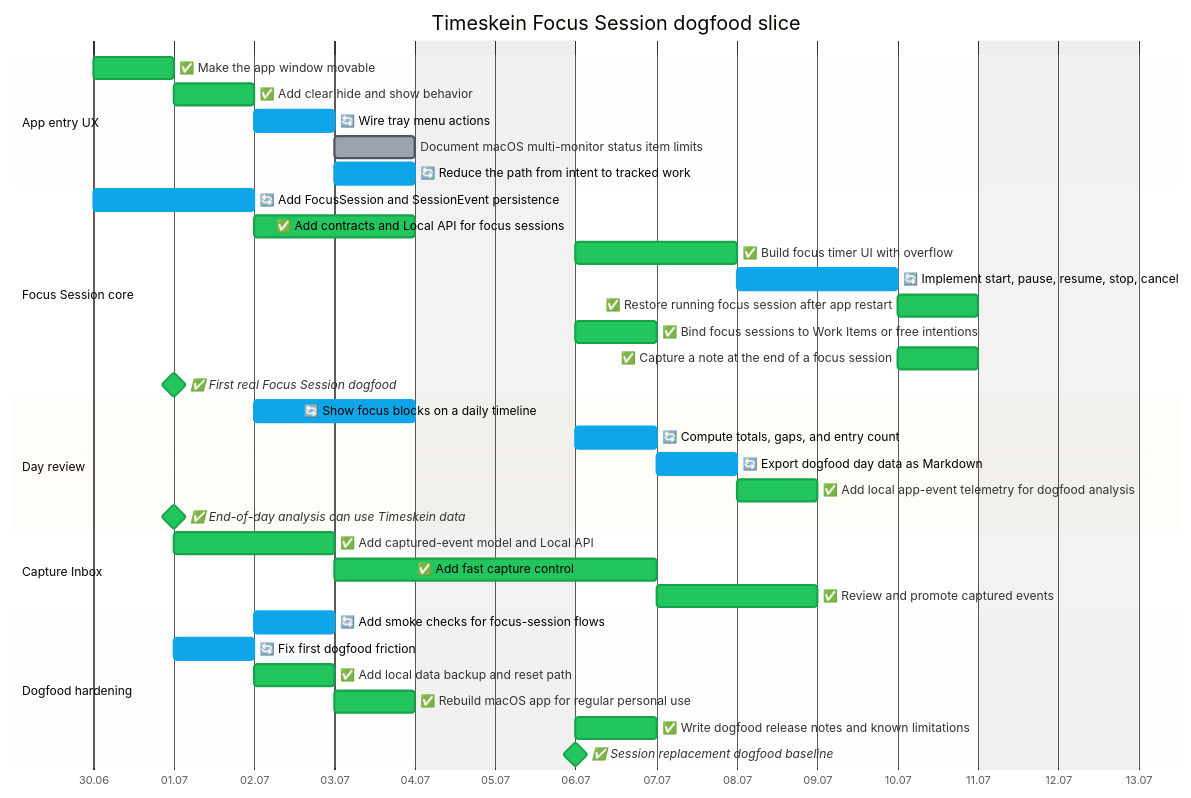
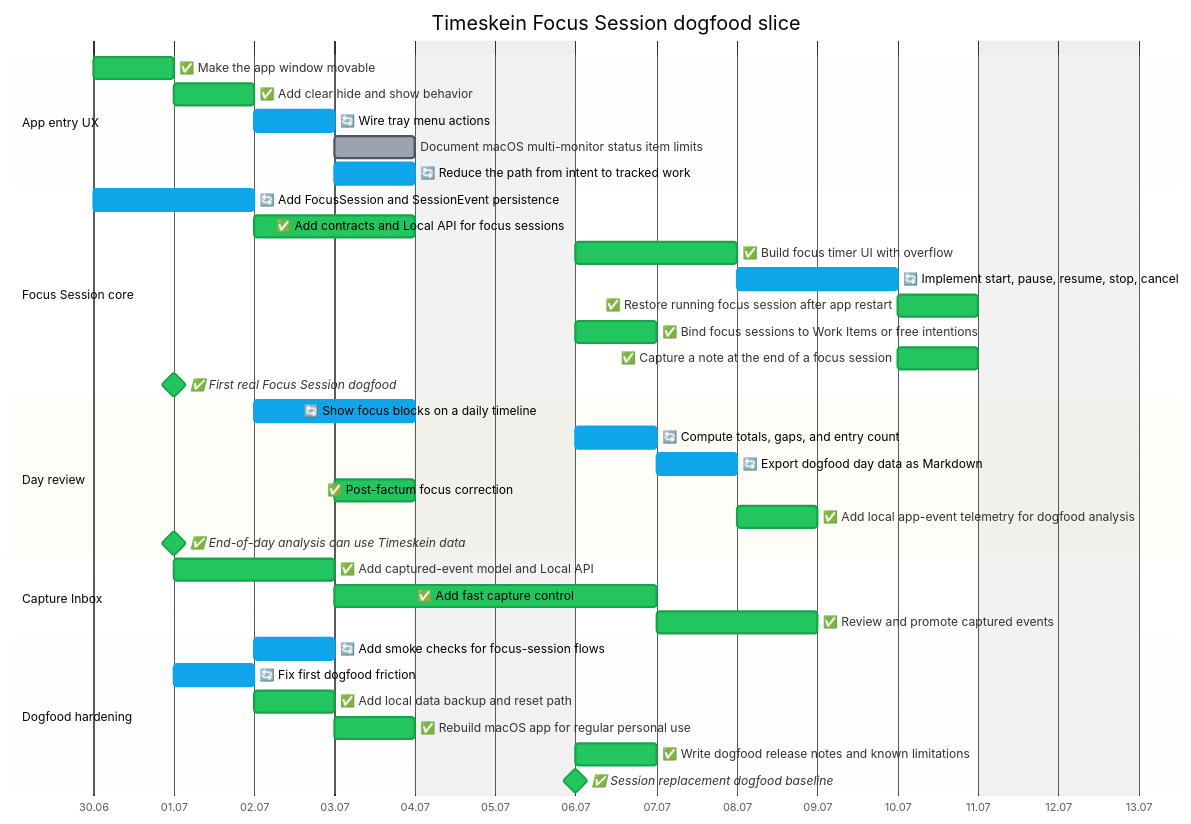
One commit to asukhodko/timeskein changed the second of 2 diagrams in docs/roadmap/opskarta.md. Above: the diagram before and after it, drawn with Mermaid. The commit also changed other lines of this file and 27 other files, not shown here.

Commit message:
Add post-dogfood correction flow

````diff
--- a/docs/roadmap/opskarta.md
+++ b/docs/roadmap/opskarta.md
@@ -64,42 +64,43 @@
 ```mermaid
 %%{init: {"theme": "base", "themeVariables": {"taskBkgColor": "#9ca3af", "taskBorderColor": "#4b5563", "taskTextColor": "#000000", "taskTextDarkColor": "#000000", "taskTextLightColor": "#000000", "activeTaskBkgColor": "#0ea5e9", "activeTaskBorderColor": "#0ea5e9", "doneTaskBkgColor": "#22c55e", "doneTaskBorderColor": "#16a34a", "critBkgColor": "#fecaca", "critBorderColor": "#fecaca", "todayLineColor": "#ef4444"}} }%%
 
 gantt
     title Timeskein Focus Session dogfood slice
     dateFormat YYYY-MM-DD
     axisFormat %d.%m
     excludes weekends
 
     section App entry UX
     ✅ Make the app window movable  :done, ts_ux_entry_window_drag,    2026-06-30, 1d
     ✅ Add clear hide and show behavior  :done, ts_ux_entry_hide_toggle,    2026-07-01, 1d
     🔄 Wire tray menu actions  :active, ts_ux_entry_tray_actions,    2026-07-02, 1d
     Document macOS multi-monitor status item limits  :ts_ux_entry_monitor_policy,    2026-07-03, 1d
     🔄 Reduce the path from intent to tracked work  :active, ts_ux_entry_fast_track_flow,    2026-07-03, 1d
     section Focus Session core
     🔄 Add FocusSession and SessionEvent persistence  :active, ts_focus_core_model_migrations,    2026-06-30, 2d
     ✅ Add contracts and Local API for focus sessions  :done, ts_focus_core_contracts_api,    2026-07-02, 2d
     ✅ Build focus timer UI with overflow  :done, ts_focus_core_timer_ui,    2026-07-06, 2d
     🔄 Implement start, pause, resume, stop, cancel  :active, ts_focus_core_session_lifecycle,    2026-07-08, 2d
     ✅ Restore running focus session after app restart  :done, ts_focus_core_restart_restore,    2026-07-10, 1d
     ✅ Bind focus sessions to Work Items or free intentions  :done, ts_focus_core_work_item_binding,    2026-07-06, 1d
     ✅ Capture a note at the end of a focus session  :done, ts_focus_core_session_notes,    2026-07-10, 1d
     ✅ First real Focus Session dogfood  :milestone, done, ts_focus_core_dogfood_gate,    2026-07-01, 0d
     section Day review
     🔄 Show focus blocks on a daily timeline  :active, ts_day_review_timeline,    2026-07-02, 2d
     🔄 Compute totals, gaps, and entry count  :active, ts_day_review_totals_gaps,    2026-07-06, 1d
     🔄 Export dogfood day data as Markdown  :active, ts_day_review_export,    2026-07-07, 1d
+    ✅ Post-factum focus correction  :done, ts_day_review_corrections,    2026-07-03, 1d
     ✅ Add local app-event telemetry for dogfood analysis  :done, ts_day_review_app_telemetry,    2026-07-08, 1d
     ✅ End-of-day analysis can use Timeskein data  :milestone, done, ts_day_review_analysis_gate,    2026-07-01, 0d
     section Capture Inbox
     ✅ Add captured-event model and Local API  :done, ts_capture_model_api,    2026-07-01, 2d
     ✅ Add fast capture control  :done, ts_capture_quick_ui,    2026-07-03, 2d
     ✅ Review and promote captured events  :done, ts_capture_review_flow,    2026-07-07, 2d
     section Dogfood hardening
     🔄 Add smoke checks for focus-session flows  :active, ts_hardening_smoke,    2026-07-02, 1d
     🔄 Fix first dogfood friction  :active, ts_hardening_post_dogfood_friction,    2026-07-01, 1d
     ✅ Add local data backup and reset path  :done, ts_hardening_backup_reset,    2026-07-02, 1d
     ✅ Rebuild macOS app for regular personal use  :done, ts_hardening_package_app,    2026-07-03, 1d
     ✅ Write dogfood release notes and known limitations  :done, ts_hardening_release_notes,    2026-07-06, 1d
     ✅ Session replacement dogfood baseline  :milestone, done, ts_hardening_dogfood_release,    2026-07-06, 0d
 ```
````
